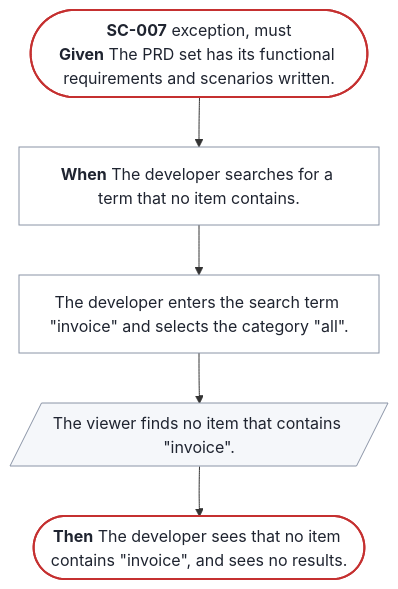
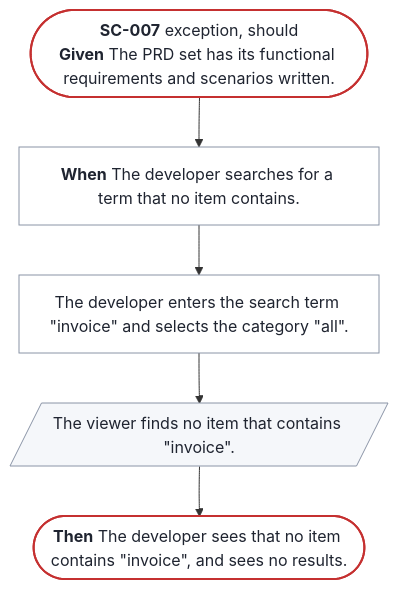
One commit to SpillwaveSolutions/prd-forge-viewer changed the diagram in docs/prd/prd-forge-viewer/diagrams/SC-007.mmd. Above: the diagram before and after it, drawn with Mermaid. The commit also changed 88 other files, not shown here.

```diff
--- a/docs/prd/prd-forge-viewer/diagrams/SC-007.mmd
+++ b/docs/prd/prd-forge-viewer/diagrams/SC-007.mmd
@@ -1,16 +1,16 @@
 %% Generated by prd-diagrams.mjs from the scenario front matter. Do not edit.
 %%{init: {"flowchart": {"wrappingWidth": 300}}}%%
 flowchart TB
-  start(["<b>SC-007</b> exception, must<br/><b>Given</b> The PRD set has its functional requirements and scenarios written."])
+  start(["<b>SC-007</b> exception, should<br/><b>Given</b> The PRD set has its functional requirements and scenarios written."])
   trigger["<b>When</b> The developer searches for a term that no item contains."]
   s0["The developer enters the search term #quot;invoice#quot; and selects the category #quot;all#quot;."]
   s1[/"The viewer finds no item that contains #quot;invoice#quot;."/]
   done(["<b>Then</b> The developer sees that no item contains #quot;invoice#quot;, and sees no results."])
   start --> trigger --> s0 --> s1 --> done
   classDef ends fill:#FFFFFF,stroke:#C53030,stroke-width:2px,color:#1F2430
   classDef sees fill:#F5F7FA,stroke:#8A94A6,color:#1F2430
   classDef does fill:#FFFFFF,stroke:#8A94A6,color:#1F2430
   class start,done ends
   class s0 does
   class s1 sees
   class trigger does
```
